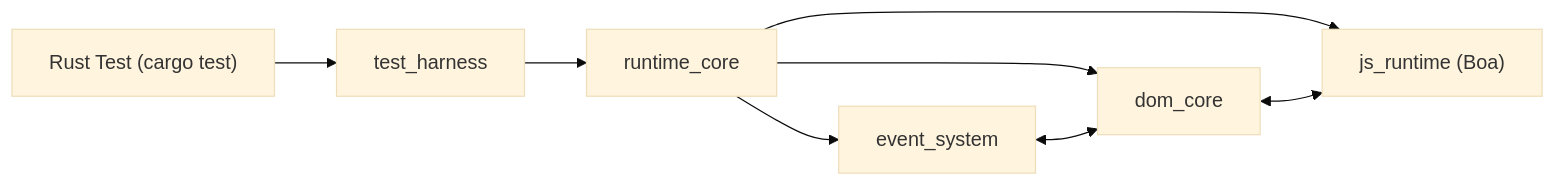
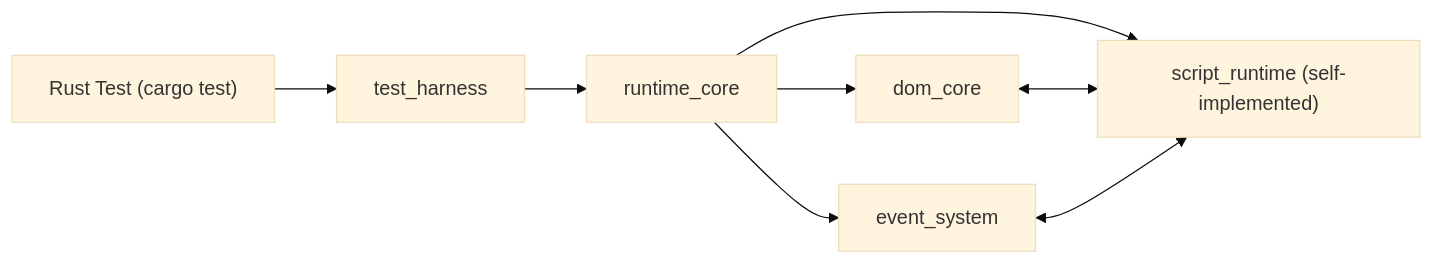
The diagram in doc/e2e-lite-runtime-design.md (finitefield-org/browser-tester), drawn with Mermaid (base theme) before and after one commit. The commit also changed other lines of this file and 1 other file, not shown here.

````diff
--- a/doc/e2e-lite-runtime-design.md
+++ b/doc/e2e-lite-runtime-design.md
@@ -46,10 +46,10 @@
 ```mermaid
 flowchart LR
   T["Rust Test (cargo test)"] --> H["test_harness"]
   H --> R["runtime_core"]
   R --> D["dom_core"]
   R --> E["event_system"]
-  R --> J["js_runtime (Boa)"]
-  D <--> J
-  E <--> D
+  R --> S["script_runtime (self-implemented)"]
+  D <--> S
+  E <--> S
 ```
````
